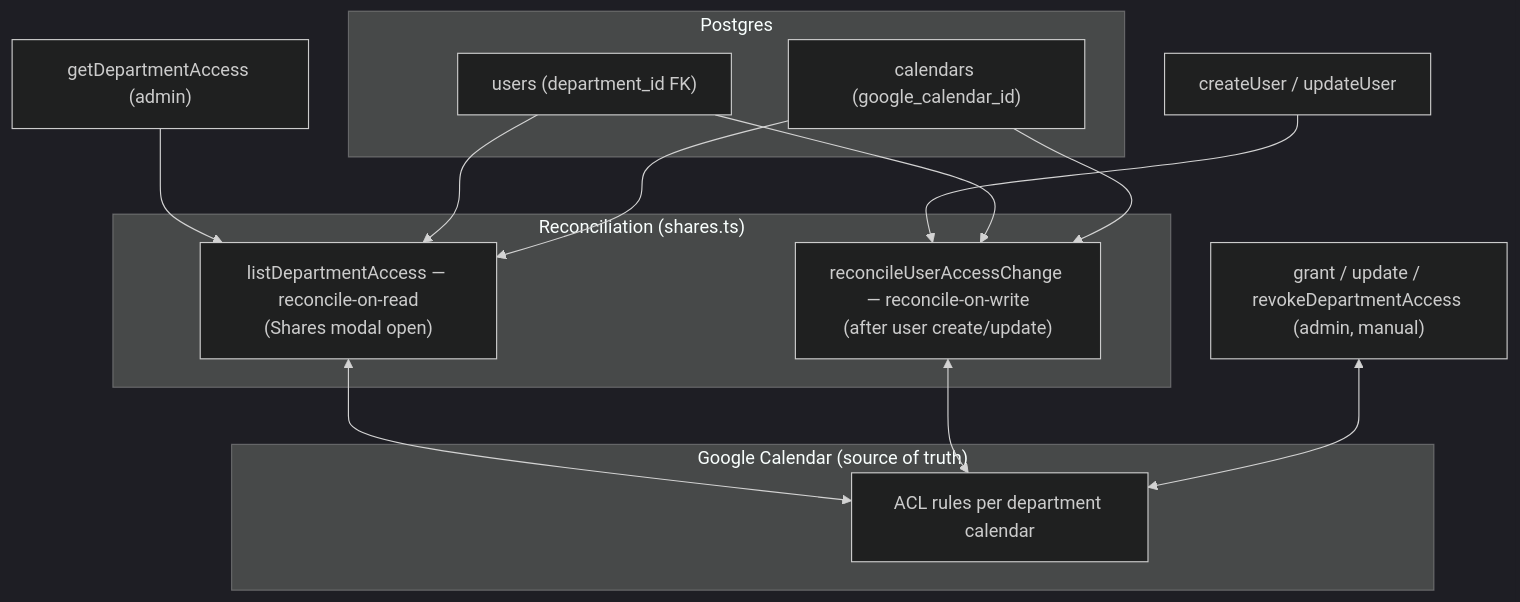
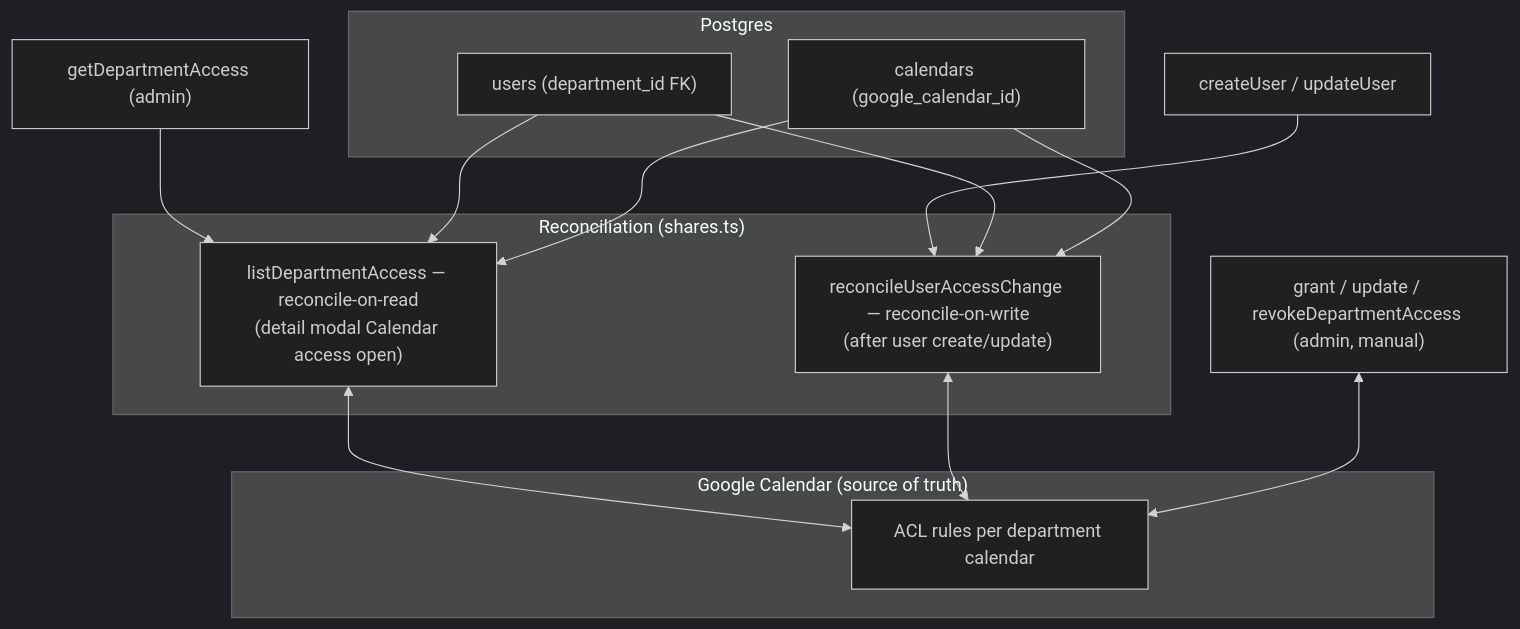
The first of 5 diagrams in docs/roster-sharing.md (oncloudnintynineone-source/cloudy2), drawn with Mermaid (dark theme) before and after one commit. The commit also changed other lines of this file and 8 other files, not shown here.

````diff
--- a/docs/roster-sharing.md
+++ b/docs/roster-sharing.md
@@ -68,23 +70,23 @@
 ```mermaid
 flowchart TB
     subgraph DB["Postgres"]
         U["users (department_id FK)"]
         C["calendars (google_calendar_id)"]
     end
     subgraph RECONCILE["Reconciliation (shares.ts)"]
-        READ["listDepartmentAccess — reconcile-on-read<br/>(Shares modal open)"]
+        READ["listDepartmentAccess — reconcile-on-read<br/>(detail modal Calendar access open)"]
         WRITE["reconcileUserAccessChange — reconcile-on-write<br/>(after user create/update)"]
     end
     subgraph G["Google Calendar (source of truth)"]
         ACL["ACL rules per department calendar"]
     end
     CR["createUser / updateUser"] --> WRITE
     SM["getDepartmentAccess (admin)"] --> READ
     U --> READ
     U --> WRITE
     C --> READ
     C --> WRITE
     READ <--> ACL
     WRITE <--> ACL
     GA["grant / update / revokeDepartmentAccess (admin, manual)"] <--> ACL
 ```
````
